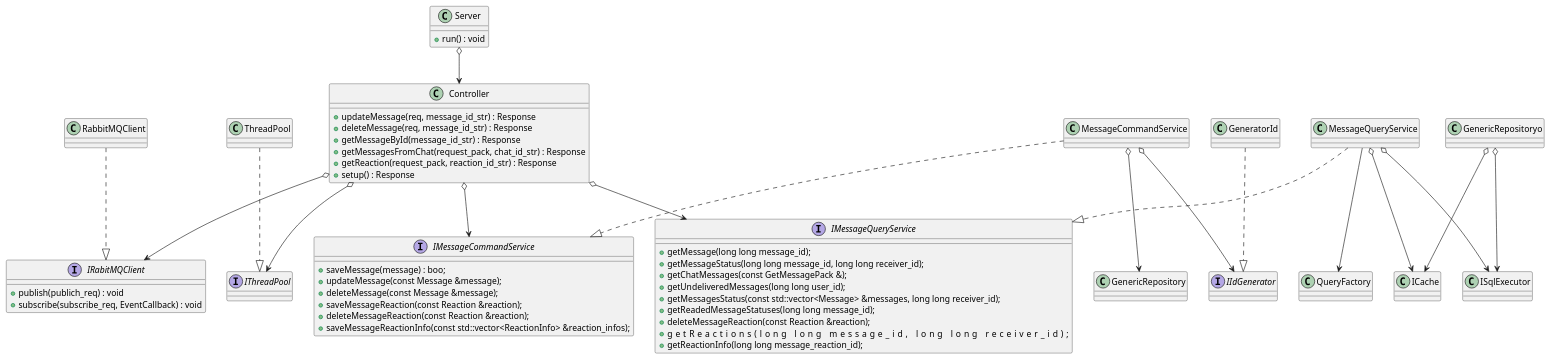
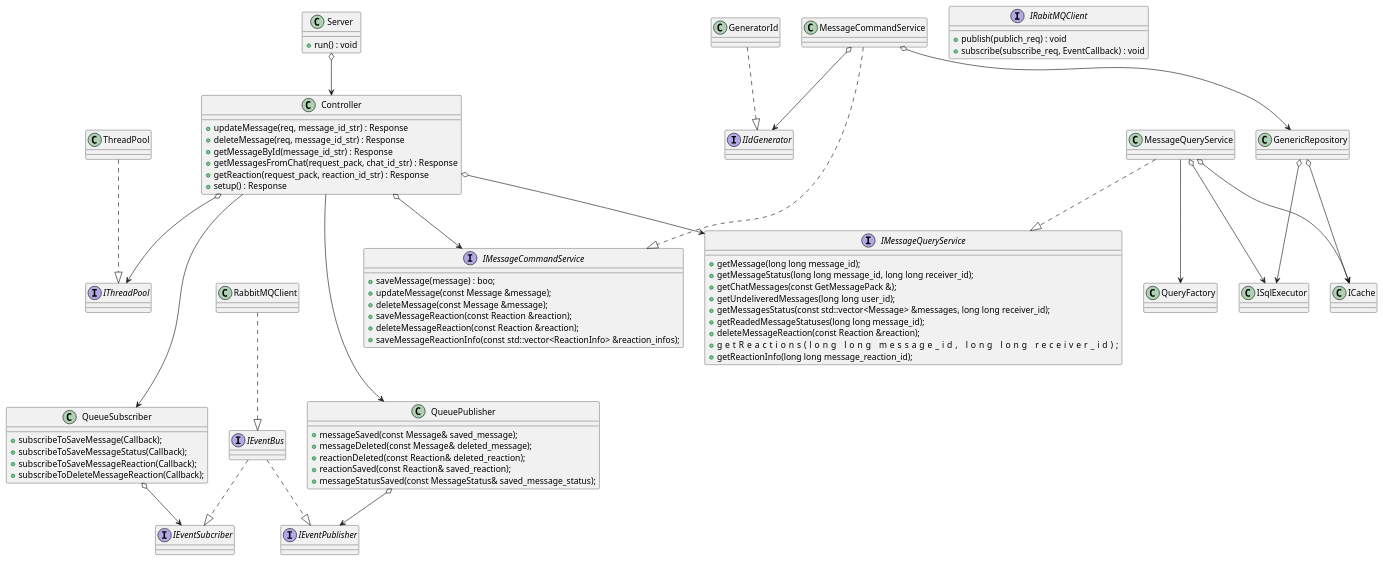
Before and after one commit to Roma3214185/Messanger: the diagram in docs/architecture/services/messageservice.puml, drawn with PlantUML. The commit also changed 9 other files, not shown here.

Commit message:
Implement QueueSubscriber and QueuePublisher classes in MessageService

```diff
--- a/docs/architecture/services/messageservice.puml
+++ b/docs/architecture/services/messageservice.puml
@@ -1,85 +1,112 @@
 @startuml
 
 class Server {
   + run() : void
 }
 
 class Controller {
   + updateMessage(req, message_id_str) : Response
   + deleteMessage(req, message_id_str) : Response
   + getMessageById(message_id_str) : Response
   + getMessagesFromChat(request_pack, chat_id_str) : Response
   + getReaction(request_pack, reaction_id_str) : Response
   + setup() : Response
 }
 
 interface IMessageCommandService {
   + saveMessage(message) : boo;
   + updateMessage(const Message &message);
   + deleteMessage(const Message &message);
   + saveMessageReaction(const Reaction &reaction);
   + deleteMessageReaction(const Reaction &reaction);
   + saveMessageReactionInfo(const std::vector<ReactionInfo> &reaction_infos);
 }
 
 interface IMessageQueryService {
   + getMessage(long long message_id);
   + getMessageStatus(long long message_id, long long receiver_id);
   + getChatMessages(const GetMessagePack &);
   + getUndeliveredMessages(long long user_id);
   + getMessagesStatus(const std::vector<Message> &messages, long long receiver_id);
   + getReadedMessageStatuses(long long message_id);
   + deleteMessageReaction(const Reaction &reaction);
   + getReactions(long long message_id,                                                                            long long receiver_id);
   + getReactionInfo(long long message_reaction_id);
 }
 
 
 interface IRabitMQClient {
   + publish(publich_req) : void
   + subscribe(subscribe_req, EventCallback) : void
 }
 
 class RabbitMQClient {
 
 }
 
 interface IThreadPool {
 }
 
 class ThreadPool {
 }
 
 interface IIdGenerator {
 
 }
 
-RabbitMQClient ..|> IRabitMQClient
+interface IEventPublisher
+interface IEventSubcriber
+
+class QueuePublisher {
+  + messageSaved(const Message& saved_message);
+  + messageDeleted(const Message& deleted_message);
+  + reactionDeleted(const Reaction& deleted_reaction);
+  + reactionSaved(const Reaction& saved_reaction);
+  + messageStatusSaved(const MessageStatus& saved_message_status);
+}
+
+class QueueSubscriber {
+  + subscribeToSaveMessage(Callback);
+  + subscribeToSaveMessageStatus(Callback);
+  + subscribeToSaveMessageReaction(Callback);
+  + subscribeToDeleteMessageReaction(Callback);
+}
+
+interface IEventBus
+
+RabbitMQClient ..|> IEventBus
 
 Server o--> Controller
 
-Controller o--> IRabitMQClient
+IEventBus ..|> IEventPublisher
+IEventBus ..|> IEventSubcriber
+
+QueuePublisher o--> IEventPublisher
+QueueSubscriber o--> IEventSubcriber
+
+Controller ---> QueuePublisher
+Controller ---> QueueSubscriber
 Controller o--> IThreadPool
 Controller o--> IMessageCommandService
 Controller o--> IMessageQueryService
 
 
 MessageCommandService ..|> IMessageCommandService
 MessageCommandService o--> GenericRepository
 MessageCommandService o--> IIdGenerator
 
 MessageQueryService ..|> IMessageQueryService
 MessageQueryService o--> ISqlExecutor
 MessageQueryService o--> ICache
 MessageQueryService --> QueryFactory
 
-GenericRepositoryo o--> ISqlExecutor
-GenericRepositoryo o--> ICache
+GenericRepository o--> ISqlExecutor
+GenericRepository o--> ICache
 
 GeneratorId ..|> IIdGenerator
 
 ThreadPool ..|> IThreadPool
 
 
 
 @enduml
```
